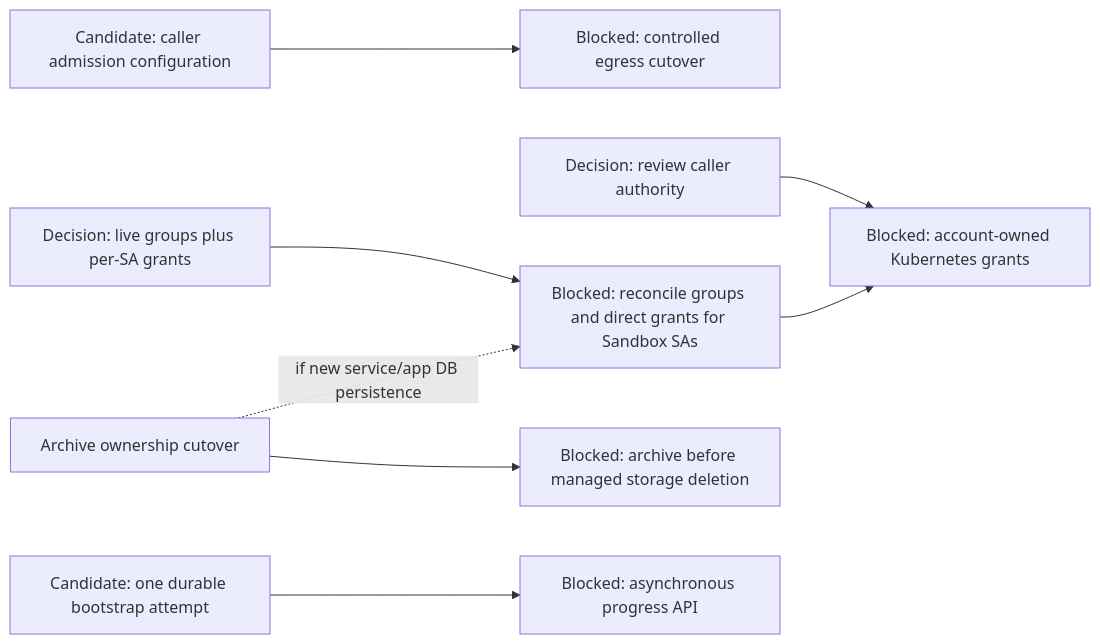
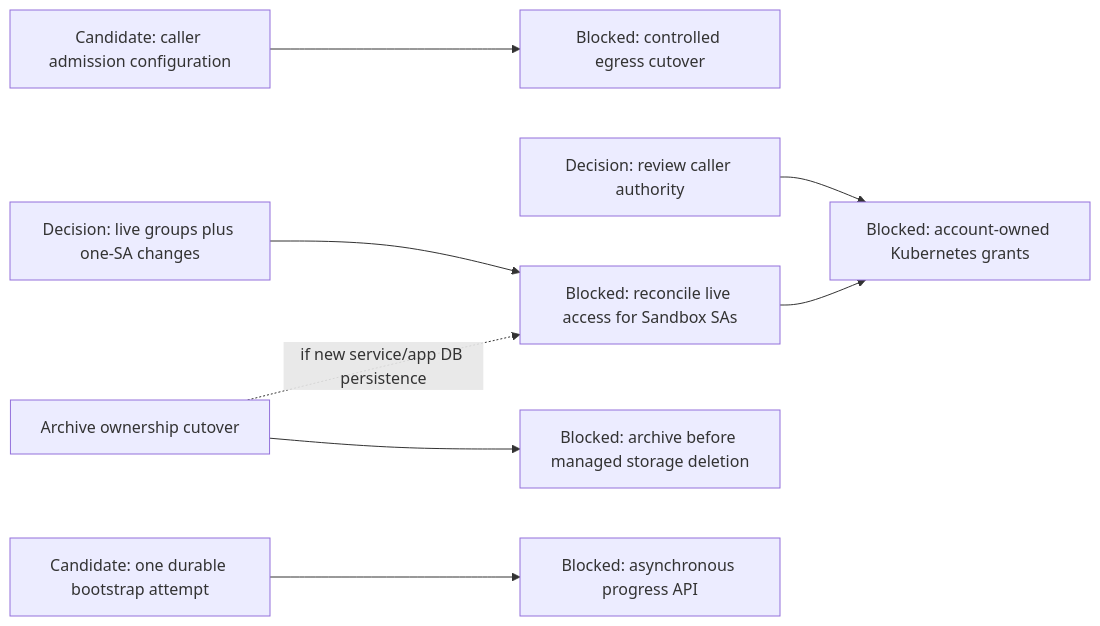
Before and after one commit to agentydragon-agent/ducktape: the seventh of 7 diagrams in agentplane/plans/task_dag.md, drawn with Mermaid. The commit also changed other lines of this file, not shown here.

Commit message:
Allow one-SA grants through the reusable policy mechanism

````diff
--- a/agentplane/plans/task_dag.md
+++ b/agentplane/plans/task_dag.md
@@ -683,10 +683,10 @@
 ```mermaid
 flowchart LR
     PC_EGRESS_CREDENTIALS[Candidate: caller admission configuration] --> PC_EGRESS[Blocked: controlled egress cutover]
     CLAUDE_AI_SA[Decision: review caller authority] --> MANAGED_SA_RBAC[Blocked: account-owned Kubernetes grants]
-    KUBERNETES_RBAC_POLICIES[Decision: live groups plus per-SA grants] --> KUBERNETES_RBAC_POLICY_BINDINGS[Blocked: reconcile groups and direct grants for Sandbox SAs]
+    KUBERNETES_RBAC_POLICIES[Decision: live groups plus one-SA changes] --> KUBERNETES_RBAC_POLICY_BINDINGS[Blocked: reconcile live access for Sandbox SAs]
     KUBERNETES_RBAC_POLICY_BINDINGS --> MANAGED_SA_RBAC
     THREAD_ARCHIVE_OWNERSHIP[Archive ownership cutover] -. if new service/app DB persistence .-> KUBERNETES_RBAC_POLICY_BINDINGS
     BOOTSTRAP_ATTEMPT_RECEIPT[Candidate: one durable bootstrap attempt] --> BOOTSTRAP_PROGRESS_CONTRACT[Blocked: asynchronous progress API]
     THREAD_ARCHIVE_OWNERSHIP[Archive ownership cutover] --> SANDBOX_LIFECYCLE_DURABILITY[Blocked: archive before managed storage deletion]
 ```
````
